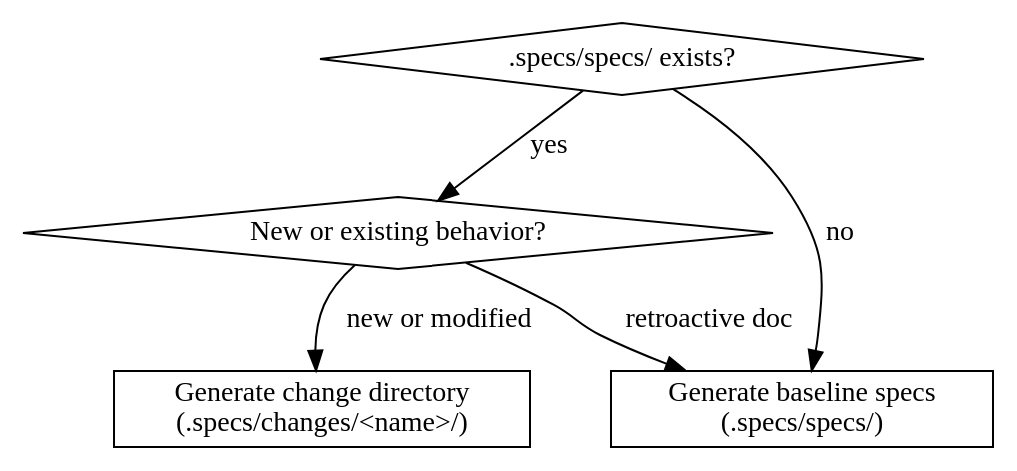
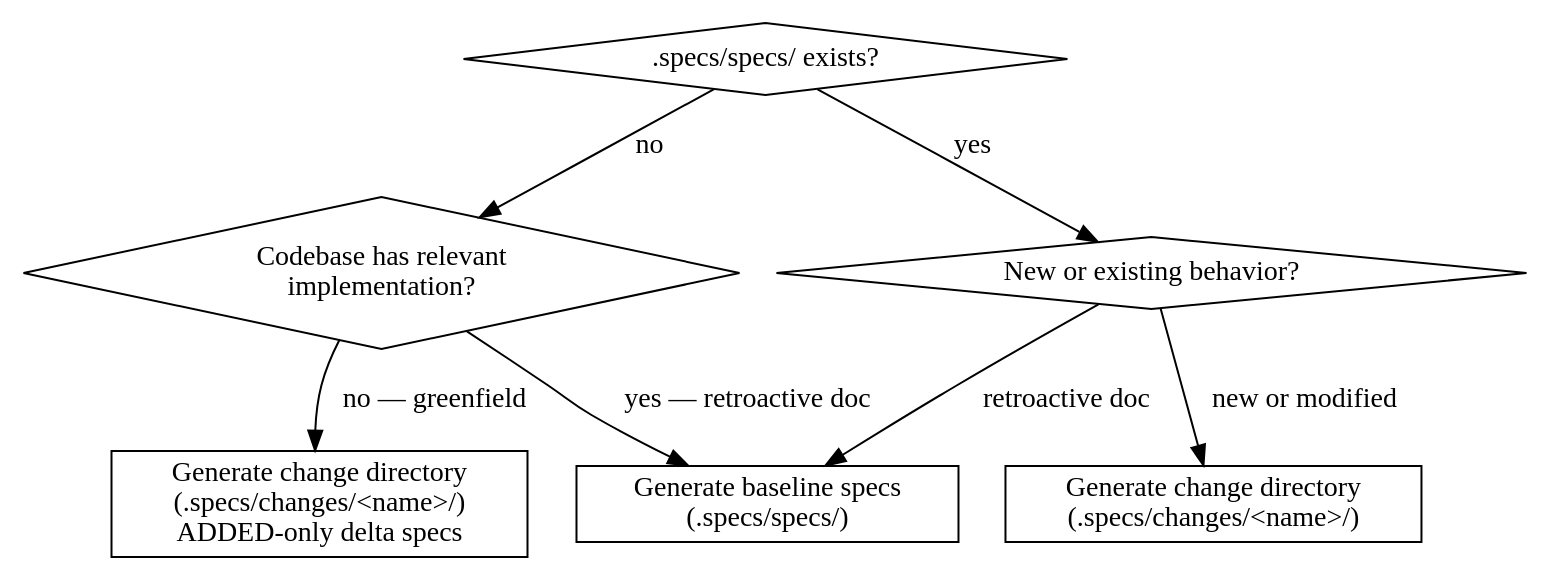
One commit to ahgraber/skills changed the diagram in skills/sdd-derive/SKILL.md. Above: the diagram before and after it, drawn with Graphviz. The commit also changed other lines of this file and 12 other files, not shown here.

````diff
--- a/skills/sdd-derive/SKILL.md
+++ b/skills/sdd-derive/SKILL.md
@@ -29,13 +33,17 @@
 ```dot
 digraph output_type {
     ".specs/specs/ exists?" [shape=diamond];
+    "Codebase has relevant\nimplementation?" [shape=diamond];
     "New or existing behavior?" [shape=diamond];
+    "Generate change directory\n(.specs/changes/<name>/)\nADDED-only delta specs" [shape=box];
     "Generate change directory\n(.specs/changes/<name>/)" [shape=box];
     "Generate baseline specs\n(.specs/specs/)" [shape=box];
 
+    ".specs/specs/ exists?" -> "Codebase has relevant\nimplementation?" [label="no"];
+    "Codebase has relevant\nimplementation?" -> "Generate baseline specs\n(.specs/specs/)" [label="yes — retroactive doc"];
+    "Codebase has relevant\nimplementation?" -> "Generate change directory\n(.specs/changes/<name>/)\nADDED-only delta specs" [label="no — greenfield"];
     ".specs/specs/ exists?" -> "New or existing behavior?" [label="yes"];
-    ".specs/specs/ exists?" -> "Generate baseline specs\n(.specs/specs/)" [label="no"];
     "New or existing behavior?" -> "Generate change directory\n(.specs/changes/<name>/)" [label="new or modified"];
     "New or existing behavior?" -> "Generate baseline specs\n(.specs/specs/)" [label="retroactive doc"];
 }
 ```
````
